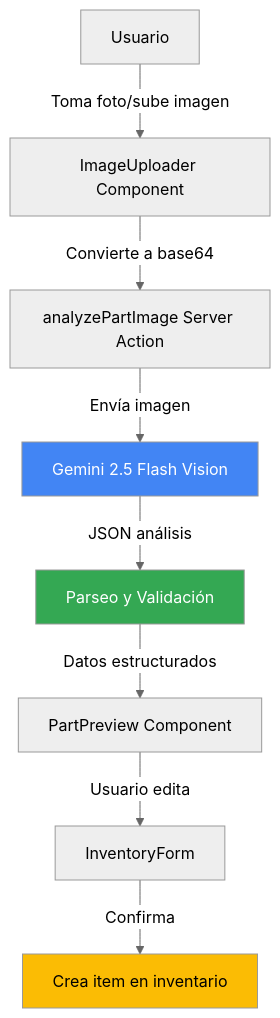
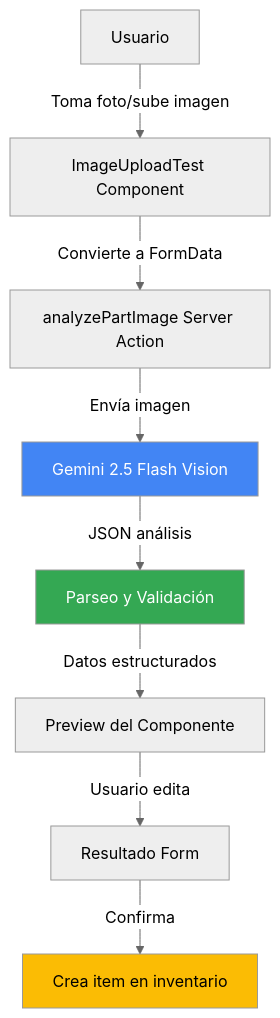
Before and after one commit to Gardic-Coder/Proyecto-GIMA: the diagram in docs/studies/roadmap-photo-to-part.md, drawn with Mermaid (neutral theme). The commit also changed other lines of this file and 145 other files, not shown here.

````diff
--- a/docs/studies/roadmap-photo-to-part.md
+++ b/docs/studies/roadmap-photo-to-part.md
@@ -96,14 +93,14 @@
 ```mermaid
 flowchart TD
-    A[Usuario] -->|Toma foto/sube imagen| B[ImageUploader Component]
-    B -->|Convierte a base64| C[analyzePartImage Server Action]
+    A[Usuario] -->|Toma foto/sube imagen| B[ImageUploadTest Component]
+    B -->|Convierte a FormData| C[analyzePartImage Server Action]
     C -->|Envía imagen| D[Gemini 2.5 Flash Vision]
     D -->|JSON análisis| E[Parseo y Validación]
-    E -->|Datos estructurados| F[PartPreview Component]
-    F -->|Usuario edita| G[InventoryForm]
+    E -->|Datos estructurados| F[Preview del Componente]
+    F -->|Usuario edita| G[Resultado Form]
     G -->|Confirma| H[Crea item en inventario]
 
     style D fill:#4285f4,color:#fff
     style E fill:#34a853,color:#fff
     style H fill:#fbbc04,color:#000
 ```
````
